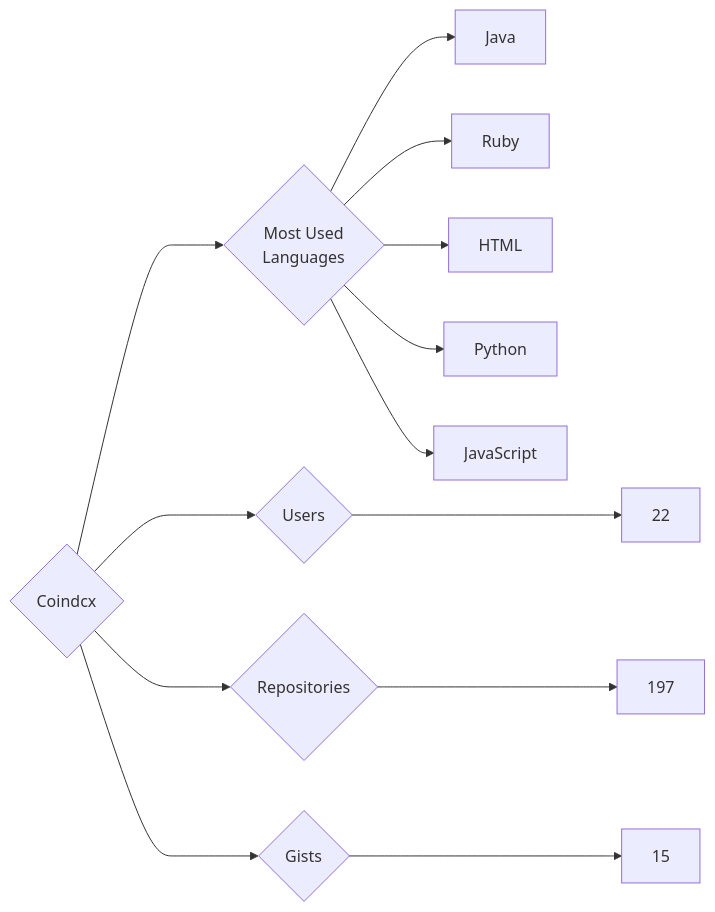
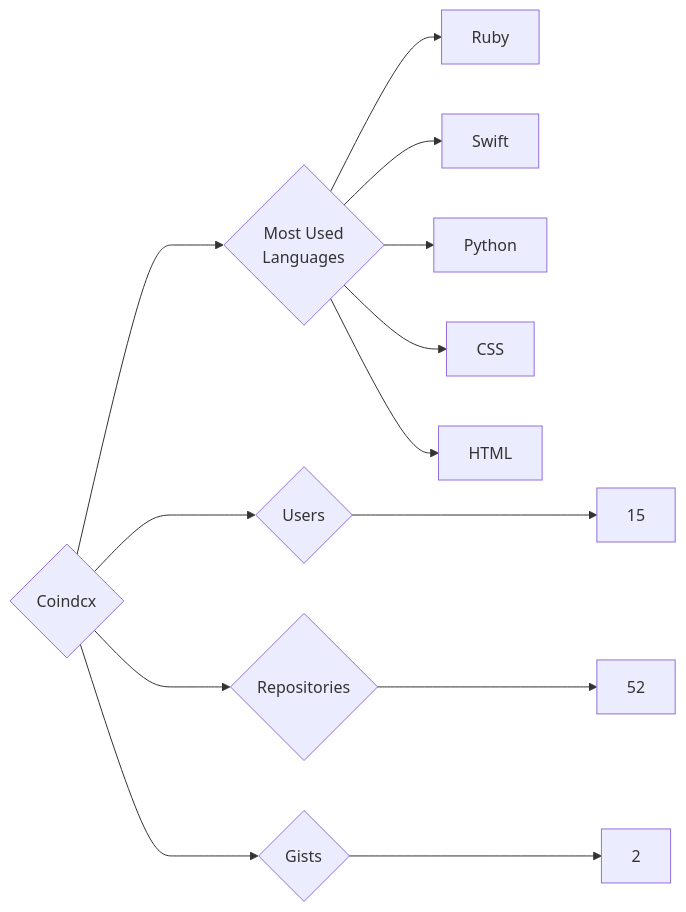
One commit to trickest/insiders changed the diagram in targets/Coindcx/README.md. Above: the diagram before and after it, drawn with Mermaid. The commit also changed 777 other files, not shown here.

````diff
--- a/targets/Coindcx/README.md
+++ b/targets/Coindcx/README.md
@@ -3,13 +3,13 @@
 ```mermaid
 graph LR
 COMPANY_NAME{Coindcx}
-COMPANY_NAME ---> U{Users} ---> UN[22]
-COMPANY_NAME ---> R{Repositories} ---> RN[197]
-COMPANY_NAME ---> G{Gists} ---> GN[15]
+COMPANY_NAME ---> U{Users} ---> UN[15]
+COMPANY_NAME ---> R{Repositories} ---> RN[52]
+COMPANY_NAME ---> G{Gists} ---> GN[2]
 COMPANY_NAME ---> ML{Most Used<br>Languages}
-ML --> Java[Java]
 ML --> Ruby[Ruby]
+ML --> Swift[Swift]
+ML --> Python[Python]
+ML --> CSS[CSS]
 ML --> HTML[HTML]
-ML --> Python[Python]
-ML --> JavaScript[JavaScript]
 ```
````
